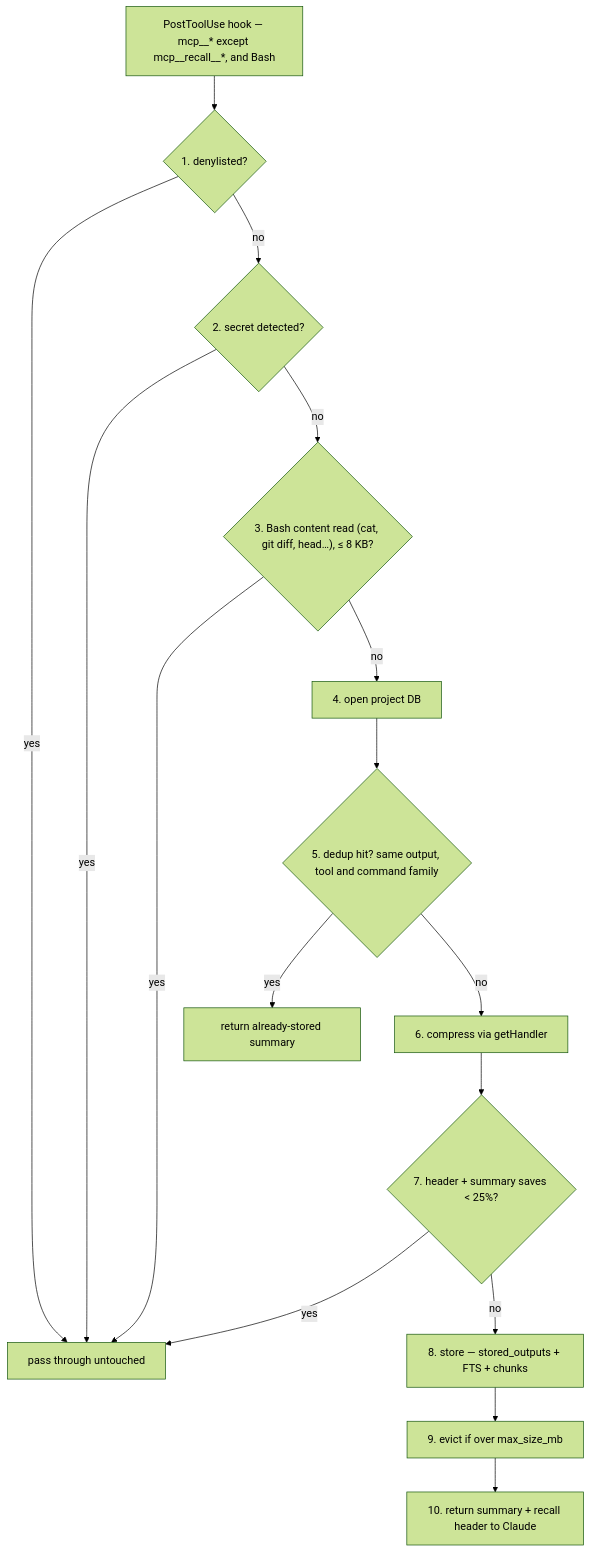
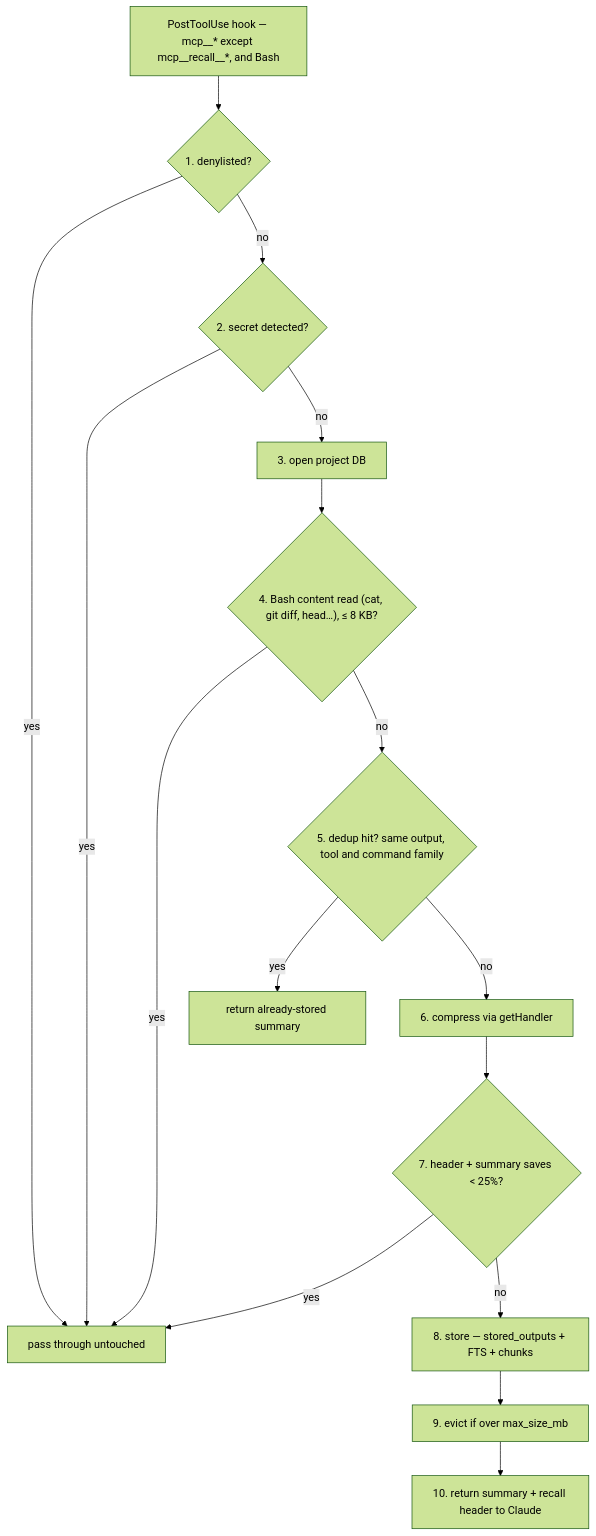
Before and after one commit to sakebomb/mcp-recall: the diagram in docs/architecture.md, drawn with Mermaid (forest theme). The commit also changed other lines of this file and 19 other files, not shown here.

````diff
--- a/docs/architecture.md
+++ b/docs/architecture.md
@@ -54,18 +55,18 @@
 ```mermaid
 flowchart TD
     H["PostToolUse hook — mcp__* except mcp__recall__*, and Bash"] --> S1
     S1{"1. denylisted?"} -->|yes| PASS["pass through untouched"]
     S1 -->|no| S2{"2. secret detected?"}
     S2 -->|yes| PASS
-    S2 -->|no| S3{"3. Bash content read (cat, git diff, head…), ≤ 8 KB?"}
-    S3 -->|yes| PASS
-    S3 -->|no| S4["4. open project DB"]
-    S4 --> S5{"5. dedup hit? same output, tool and command family"}
+    S2 -->|no| S3["3. open project DB"]
+    S3 --> S4{"4. Bash content read (cat, git diff, head…), ≤ 8 KB?"}
+    S4 -->|yes| PASS
+    S4 -->|no| S5{"5. dedup hit? same output, tool and command family"}
     S5 -->|yes| CACHE["return already-stored summary"]
     S5 -->|no| S6["6. compress via getHandler"]
     S6 --> S7{"7. header + summary saves < 25%?"}
     S7 -->|yes| PASS
     S7 -->|no| S8["8. store — stored_outputs + FTS + chunks"]
     S8 --> S9["9. evict if over max_size_mb"]
     S9 --> S10["10. return summary + recall header to Claude"]
 ```
````
